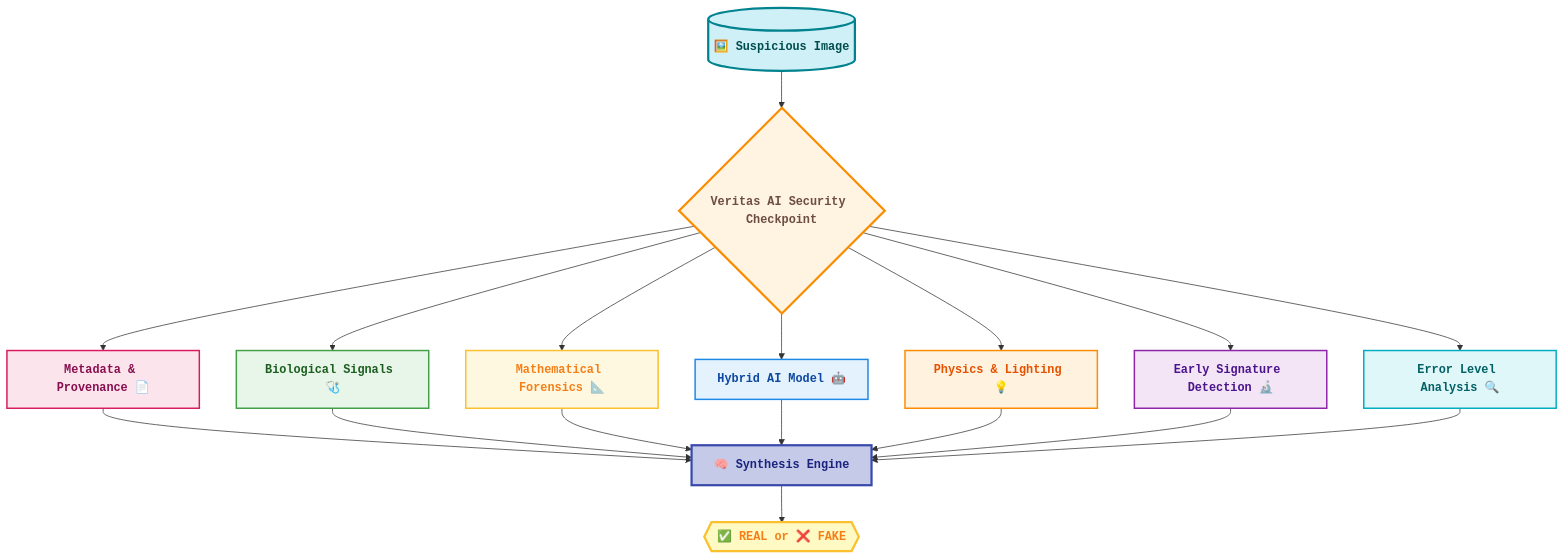
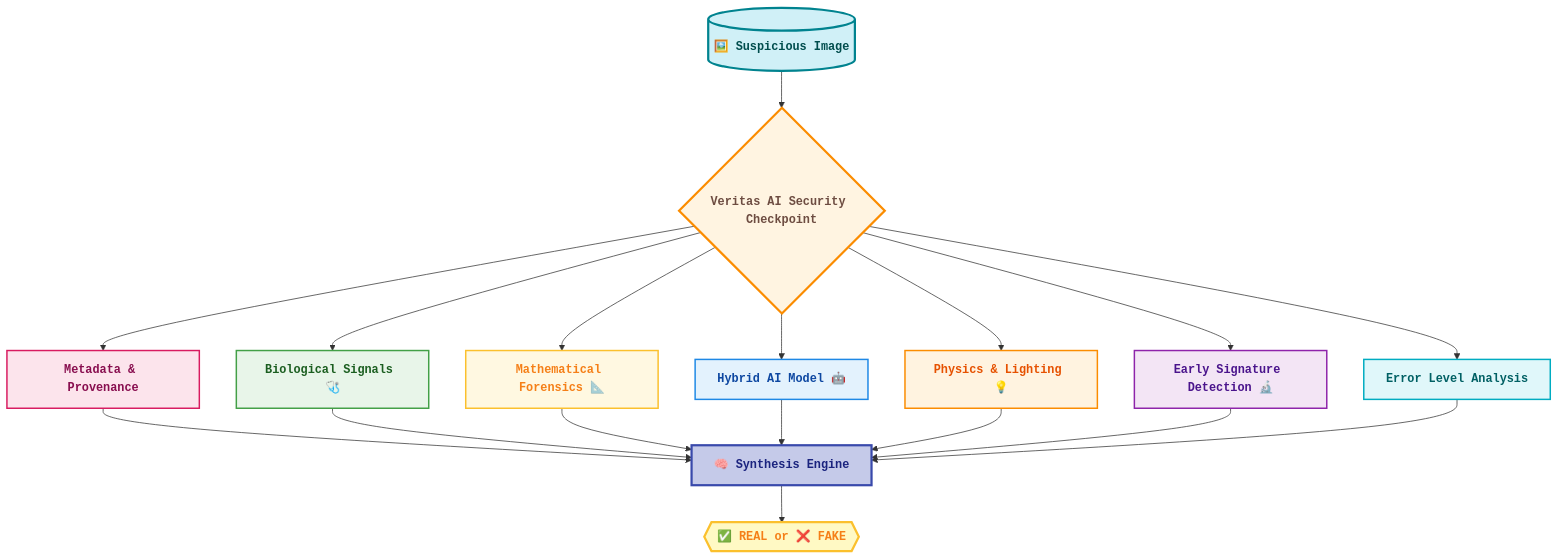
One commit to tanish19078/veritas-ai changed the diagram in README.md. Above: the diagram before and after it, drawn with Mermaid.

````diff
--- a/README.md
+++ b/README.md
@@ -8,38 +8,38 @@
 ```mermaid
 graph TD
     %% Input
     Input[("🖼️ Suspicious Image")]:::inputStyle
     Gate{Veritas AI Security Checkpoint}:::gateStyle
 
     %% 7 Layers
-    L1["Metadata & Provenance 📄"]:::layer1
+    L1["Metadata & Provenance "]:::layer1
     L2["Biological Signals 🩺"]:::layer2
     L3["Mathematical Forensics 📐"]:::layer3
     L4["Hybrid AI Model 🤖"]:::layer4
     L5["Physics & Lighting 💡"]:::layer5
     L6["Early Signature Detection 🔬"]:::layer6
-    L7["Error Level Analysis 🔍"]:::layer7
+    L7["Error Level Analysis "]:::layer7
 
     %% Analysis & Verdict
     Analysis["🧠 Synthesis Engine"]:::analysis
     Verdict{{"✅ REAL or ❌ FAKE"}}:::verdict
 
     %% Connections
     Input --> Gate
     Gate --> L1 & L2 & L3 & L4 & L5 & L6 & L7
     L1 & L2 & L3 & L4 & L5 & L6 & L7 --> Analysis --> Verdict
 
     %% Styling
     classDef inputStyle fill:#d0f0f7,stroke:#00838f,stroke-width:3px,color:#004d4d,font-weight:bold,font-family:monospace
     classDef gateStyle fill:#fff4e1,stroke:#fb8c00,stroke-width:3px,color:#6d4c41,font-weight:bold,font-family:monospace
     classDef layer1 fill:#fce4ec,stroke:#d81b60,stroke-width:2px,color:#880e4f,font-weight:bold,font-family:monospace
     classDef layer2 fill:#e8f5e9,stroke:#43a047,stroke-width:2px,color:#1b5e20,font-weight:bold,font-family:monospace
     classDef layer3 fill:#fff8e1,stroke:#fbc02d,stroke-width:2px,color:#f57f17,font-weight:bold,font-family:monospace
     classDef layer4 fill:#e3f2fd,stroke:#1e88e5,stroke-width:2px,color:#0d47a1,font-weight:bold,font-family:monospace
     classDef layer5 fill:#fff3e0,stroke:#fb8c00,stroke-width:2px,color:#e65100,font-weight:bold,font-family:monospace
     classDef layer6 fill:#f3e5f5,stroke:#8e24aa,stroke-width:2px,color:#4a148c,font-weight:bold,font-family:monospace
     classDef layer7 fill:#e0f7fa,stroke:#00acc1,stroke-width:2px,color:#006064,font-weight:bold,font-family:monospace
     classDef analysis fill:#c5cae9,stroke:#3949ab,stroke-width:3px,color:#1a237e,font-weight:bold,font-family:monospace
     classDef verdict fill:#fff9c4,stroke:#fbc02d,stroke-width:3px,color:#f57f17,font-weight:bold,font-family:monospace
 
 ```
````
